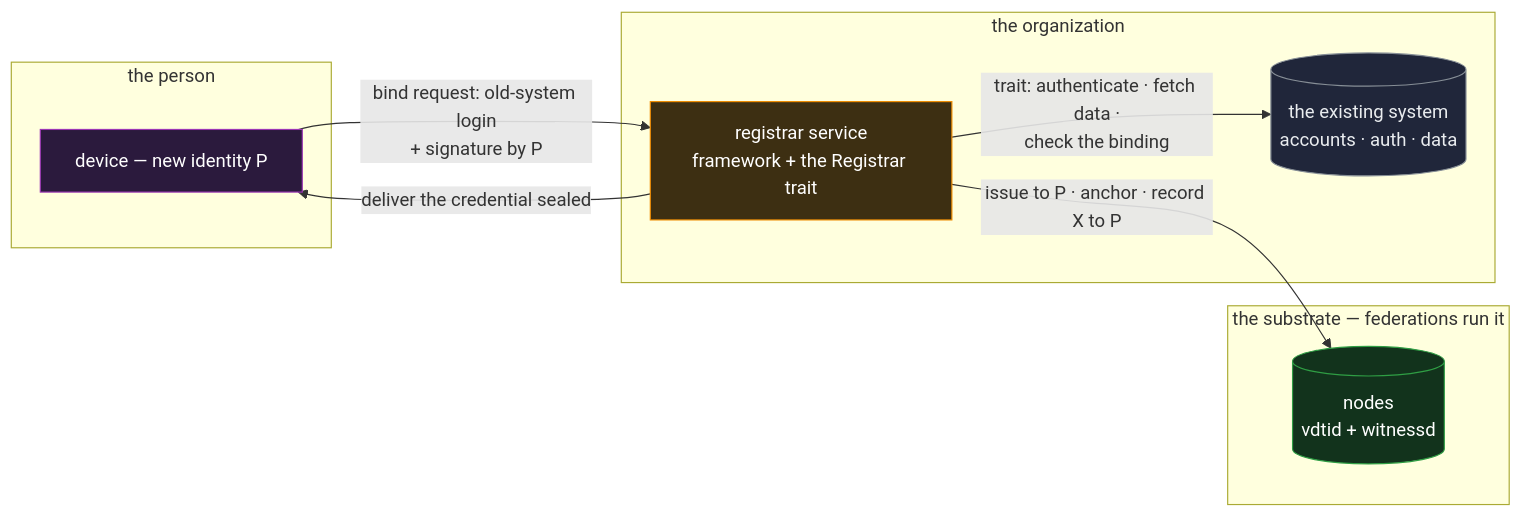
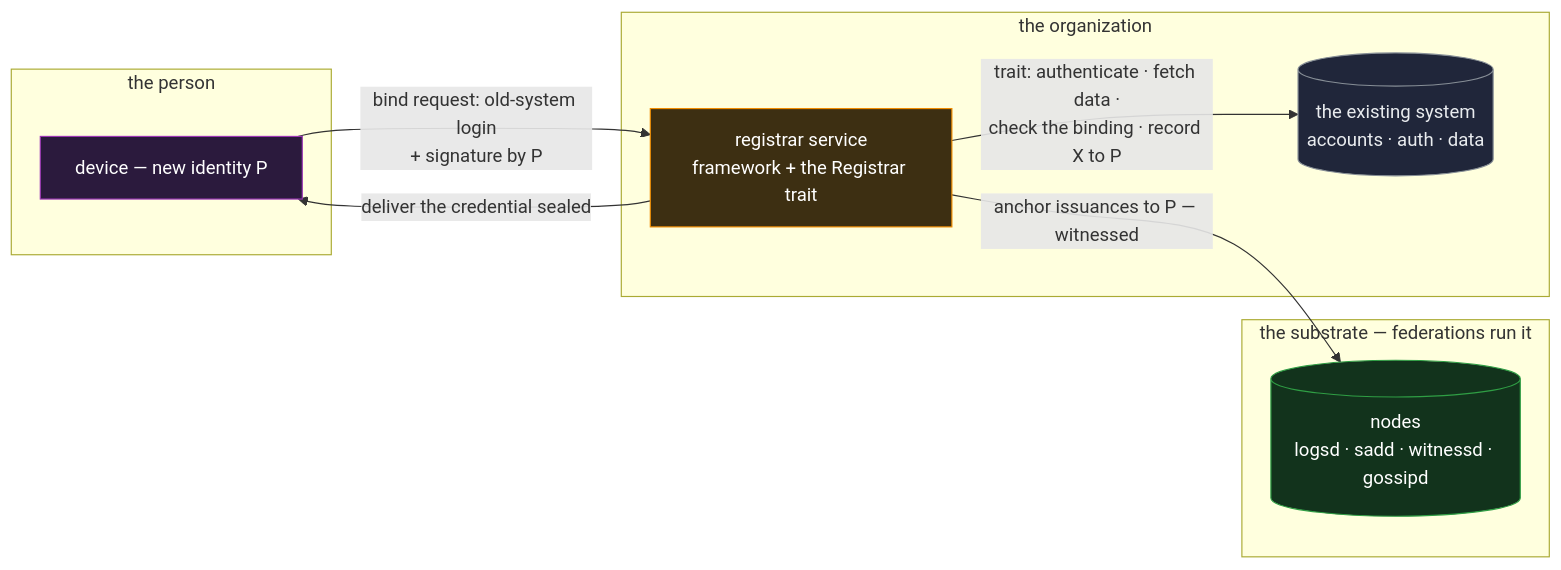
The diagram in docs/design/example-applications/registrar.md (jasoncolburne/vdti), drawn with Mermaid before and after one commit. The commit also changed 79 other files, not shown here.

````diff
--- a/docs/design/example-applications/registrar.md
+++ b/docs/design/example-applications/registrar.md
@@ -11,21 +11,21 @@
 ```mermaid
 flowchart LR
   subgraph person["the person"]
     dev["device — new identity P"]:::app
   end
   subgraph org["the organization"]
     reg["registrar service<br/>framework + the Registrar trait"]:::org
     old[("the existing system<br/>accounts · auth · data")]:::ext
   end
   subgraph sub["the substrate — federations run it"]
-    node[("nodes<br/>vdtid + witnessd")]:::svc
+    node[("nodes<br/>logsd · sadd · witnessd · gossipd")]:::svc
   end
   dev -->|"bind request: old-system login<br/>+ signature by P"| reg
-  reg -->|"trait: authenticate · fetch data ·<br/>check the binding"| old
-  reg -->|"issue to P · anchor · record X to P"| node
+  reg -->|"trait: authenticate · fetch data ·<br/>check the binding · record X to P"| old
+  reg -->|"anchor issuances to P — witnessed"| node
   reg -->|"deliver the credential sealed"| dev
   classDef app fill:#2b1a3d,stroke:#9c36b5,color:#fff
   classDef org fill:#3d2f12,stroke:#f08c00,color:#fff
   classDef ext fill:#20263a,stroke:#868e96,color:#e9ecef
   classDef svc fill:#12331c,stroke:#2f9e44,color:#fff
 ```
````
